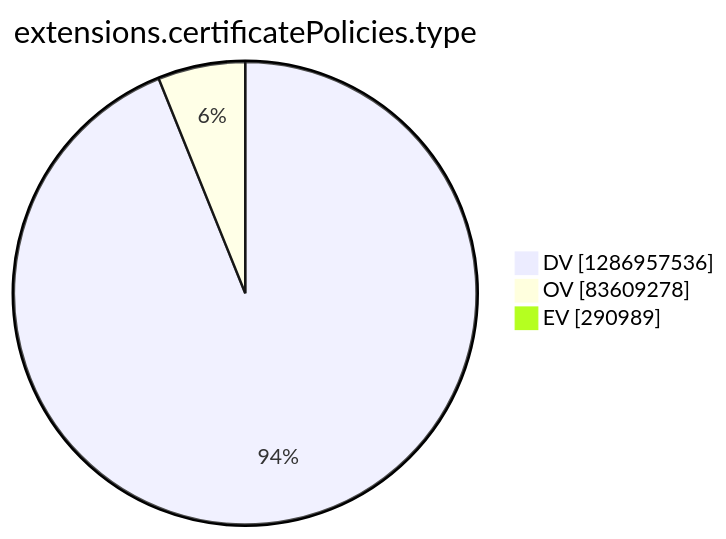
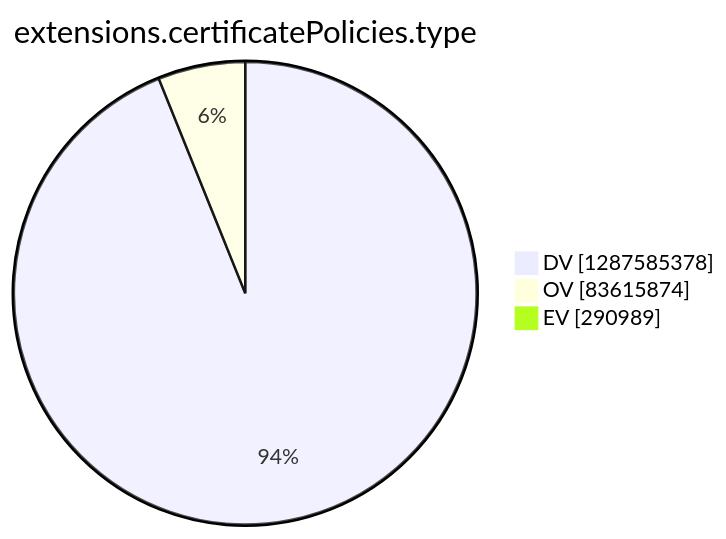
One commit to christiankrug/ctmonitor_visualization changed the tenth of 15 diagrams in argon2022/README.md. Above: the diagram before and after it, drawn with Mermaid. The commit also changed other lines of this file, not shown here.

````diff
--- a/argon2022/README.md
+++ b/argon2022/README.md
@@ -2771,7 +2771,7 @@
 ```mermaid
 pie showData
 title extensions.certificatePolicies.type
-"DV" :1286957536
-"OV" :83609278
+"DV" :1287585378
+"OV" :83615874
 "EV" :290989
 ```
````
